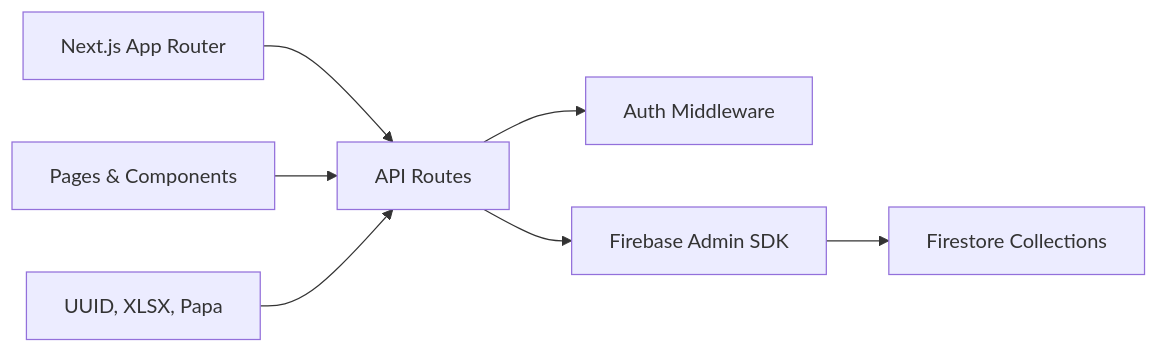
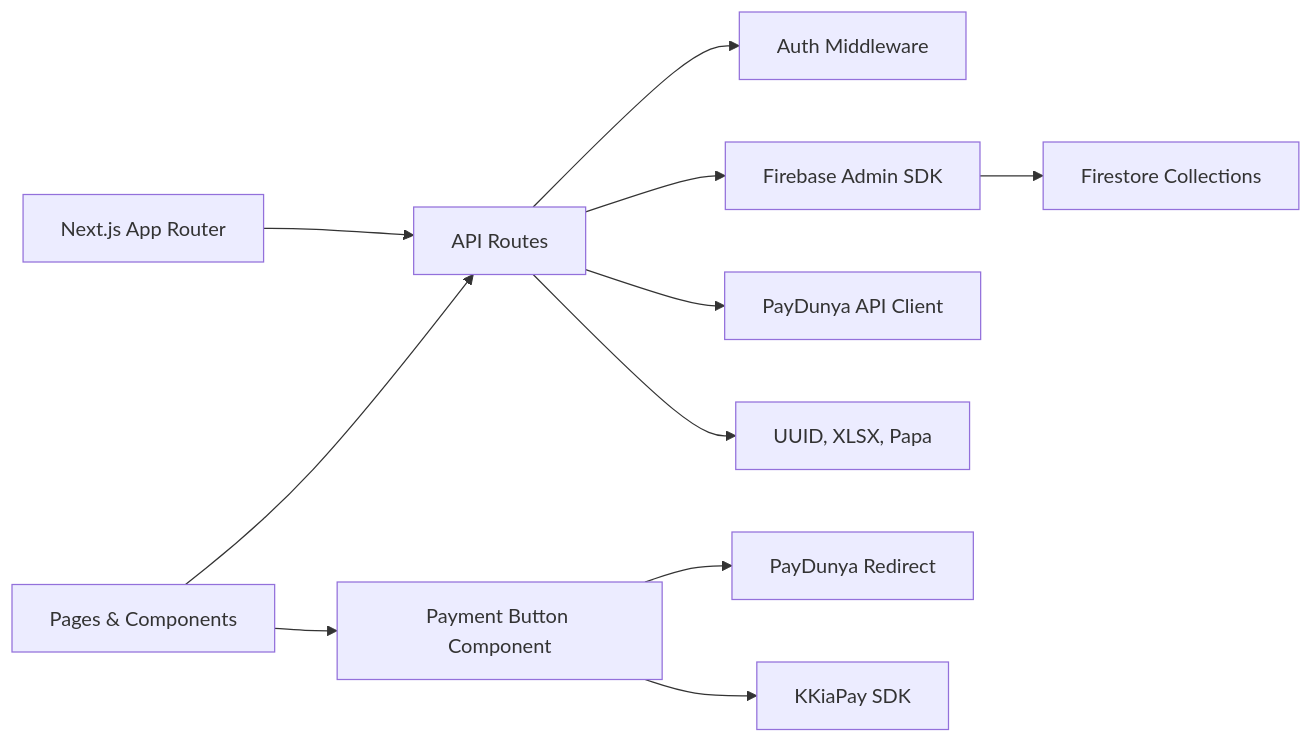
One commit to alikizang/datafrica changed diagram 13 of 13 in .qoder/repowiki/en/content/Payment System/Purchase Management.md. Above: the diagram before and after it, drawn with Mermaid. The commit also changed other lines of this file and 21 other files, not shown here.

````diff
--- a/.qoder/repowiki/en/content/Payment System/Purchase Management.md
+++ b/.qoder/repowiki/en/content/Payment System/Purchase Management.md
@@ -440,9 +657,13 @@
 ```mermaid
 graph LR
 Next["Next.js App Router"] --> Routes["API Routes"]
 Routes --> Auth["Auth Middleware"]
 Routes --> Firebase["Firebase Admin SDK"]
 Firebase --> Firestore["Firestore Collections"]
+Routes --> PayDunya["PayDunya API Client"]
+Routes --> Utils["UUID, XLSX, Papa"]
 UI["Pages & Components"] --> Routes
-Utils["UUID, XLSX, Papa"] --> Routes
+UI --> PayButton["Payment Button Component"]
+PayButton --> PayDunyaSDK["PayDunya Redirect"]
+PayButton --> KKiaPaySDK["KKiaPay SDK"]
 ```
````
